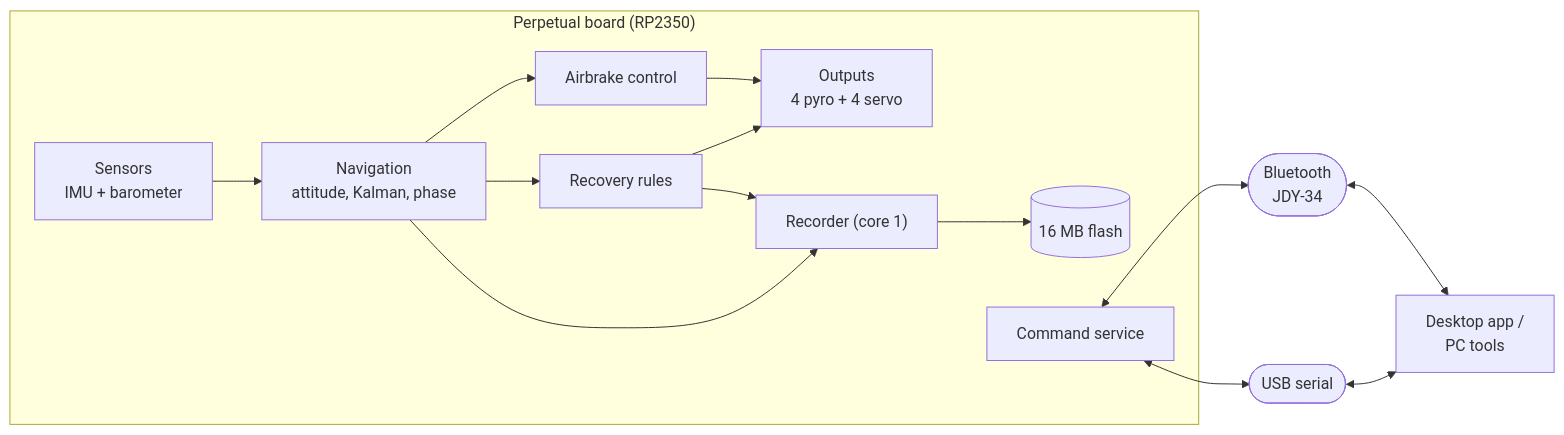
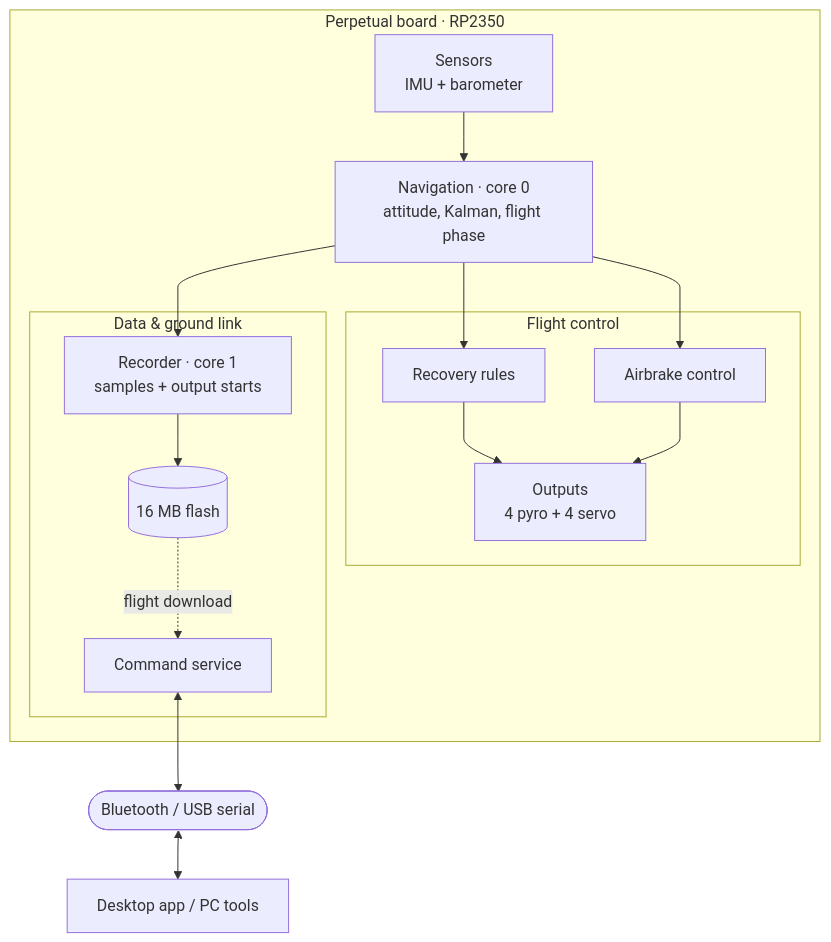
One commit to rotellini9809/perpetual_code changed the diagram in README.md. Above: the diagram before and after it, drawn with Mermaid.

Commit message:
README: vertical architecture diagram
Redrawn top to bottom with named Flight control and Data & ground link
blocks, so GitHub's zoom buttons no longer cover the right-hand side.

````diff
--- a/README.md
+++ b/README.md
@@ -133,18 +133,28 @@
 ```mermaid
-flowchart LR
-    subgraph Board["Perpetual board (RP2350)"]
-        S["Sensors<br>IMU + barometer"] --> N["Navigation<br>attitude, Kalman, phase"]
-        N --> R["Recovery rules"]
-        N --> A["Airbrake control"]
-        R --> O["Outputs<br>4 pyro + 4 servo"]
+%%{init: {"flowchart": {"curve": "monotoneY"}}}%%
+flowchart TB
+    subgraph Board["Perpetual board · RP2350"]
+        S["Sensors<br>IMU + barometer"]
+        N["Navigation · core 0<br>attitude, Kalman, flight phase"]
+        subgraph Control["Flight control"]
+            R["Recovery rules"]
+            A["Airbrake control"]
+            O["Outputs<br>4 pyro + 4 servo"]
+        end
+        subgraph Data["Data & ground link"]
+            L["Recorder · core 1<br>samples + output starts"]
+            F[("16 MB flash")]
+            C["Command service"]
+        end
+        S --> N
+        N --> R
+        N --> A
+        N --> L
+        R --> O
         A --> O
-        N --> L["Recorder (core 1)"]
-        R --> L
-        L --> F[("16 MB flash")]
-        C["Command service"]
+        L --> F
+        F -. "flight download" .-> C
     end
-    C <--> U(["USB serial"])
-    C <--> B(["Bluetooth<br>JDY-34"])
-    U <--> App["Desktop app /<br>PC tools"]
-    B <--> App
+    C <--> T(["Bluetooth / USB serial"])
+    T <--> App["Desktop app / PC tools"]
 ```
````
